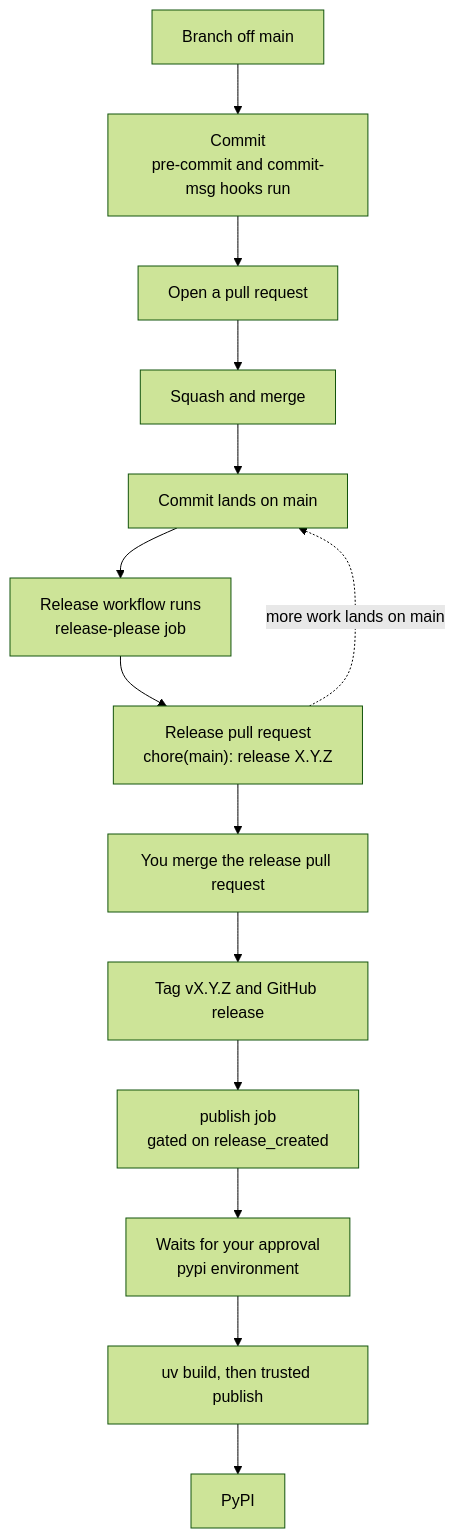
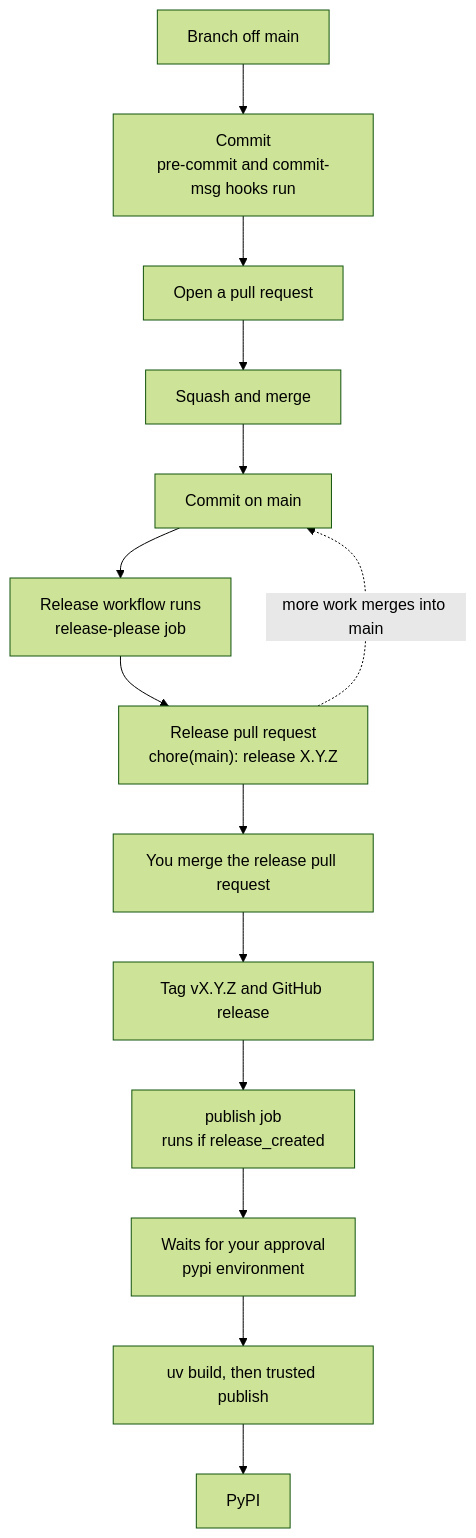
The diagram in CONTRIBUTING.md (ozanozbeker/epistole), drawn with Mermaid (forest theme) before and after one commit. The commit also changed other lines of this file and 55 other files, not shown here.

````diff
--- a/CONTRIBUTING.md
+++ b/CONTRIBUTING.md
@@ -106,16 +118,16 @@
 ```mermaid
 flowchart TD
     A["Branch off main"] --> B["Commit<br>pre-commit and commit-msg hooks run"]
     B --> C["Open a pull request"]
     C --> D["Squash and merge"]
-    D --> E["Commit lands on main"]
+    D --> E["Commit on main"]
     E --> F["Release workflow runs<br>release-please job"]
     F --> G["Release pull request<br>chore(main): release X.Y.Z"]
-    G -.->|more work lands on main| E
+    G -.->|more work merges into main| E
     G --> H["You merge the release pull request"]
     H --> I["Tag vX.Y.Z and GitHub release"]
-    I --> J["publish job<br>gated on release_created"]
+    I --> J["publish job<br>runs if release_created"]
     J --> K["Waits for your approval<br>pypi environment"]
     K --> L["uv build, then trusted publish"]
     L --> M["PyPI"]
 ```
````
